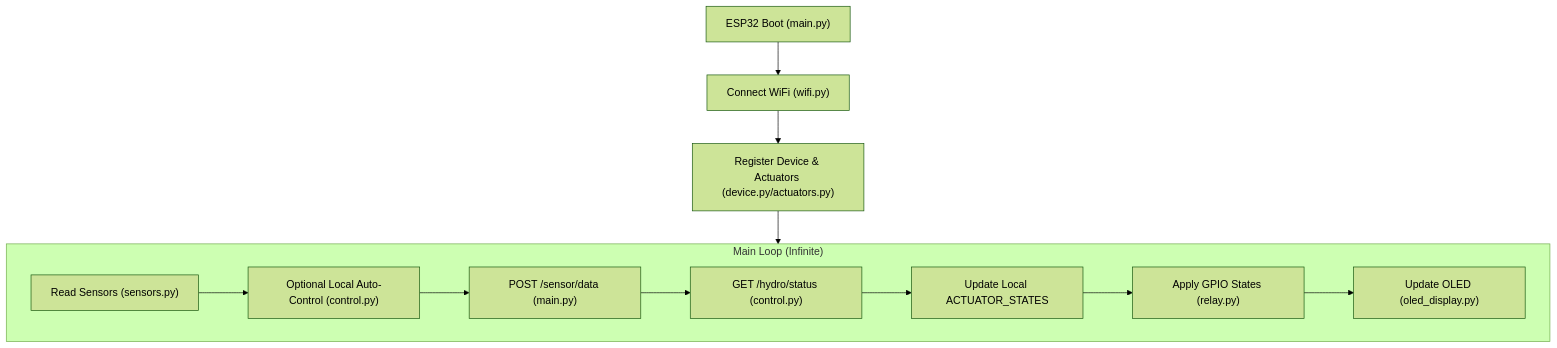
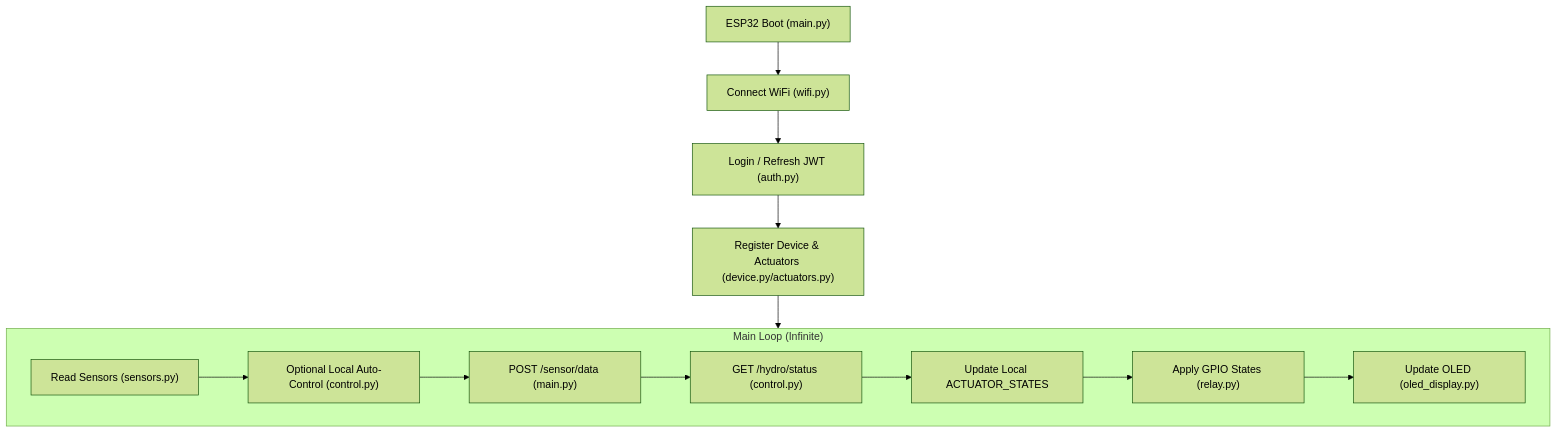
Before and after one commit to nghingothanhnghi/HydroNode: the diagram in README.md, drawn with Mermaid (forest theme). The commit also changed other lines of this file, not shown here.

````diff
--- a/README.md
+++ b/README.md
@@ -22,16 +24,17 @@
 ```mermaid
 flowchart TD
     Boot["ESP32 Boot (main.py)"] --> WiFi["Connect WiFi (wifi.py)"]
-    WiFi --> Reg["Register Device & Actuators (device.py/actuators.py)"]
-    
+    WiFi --> Auth["Login / Refresh JWT (auth.py)"]
+    Auth --> Reg["Register Device & Actuators (device.py/actuators.py)"]
+
     subgraph Loop ["Main Loop (Infinite)"]
         Read["Read Sensors (sensors.py)"] --> Auto["Optional Local Auto-Control (control.py)"]
         Auto --> Send["POST /sensor/data (main.py)"]
         Send --> Fetch["GET /hydro/status (control.py)"]
         Fetch --> UpdateState["Update Local ACTUATOR_STATES"]
         UpdateState --> Apply["Apply GPIO States (relay.py)"]
         Apply --> Display["Update OLED (oled_display.py)"]
     end
-    
+
     Reg --> Loop
 ```
````
